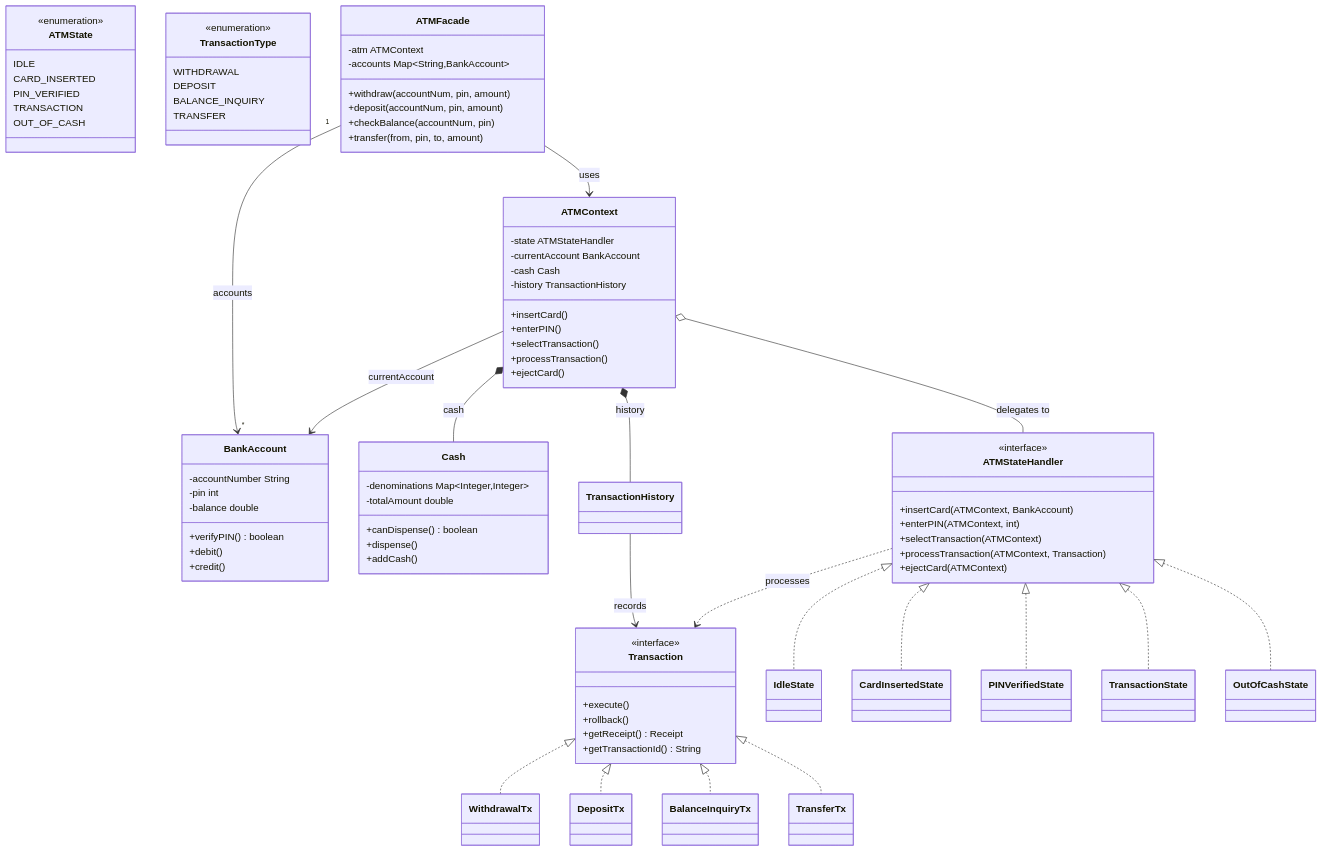
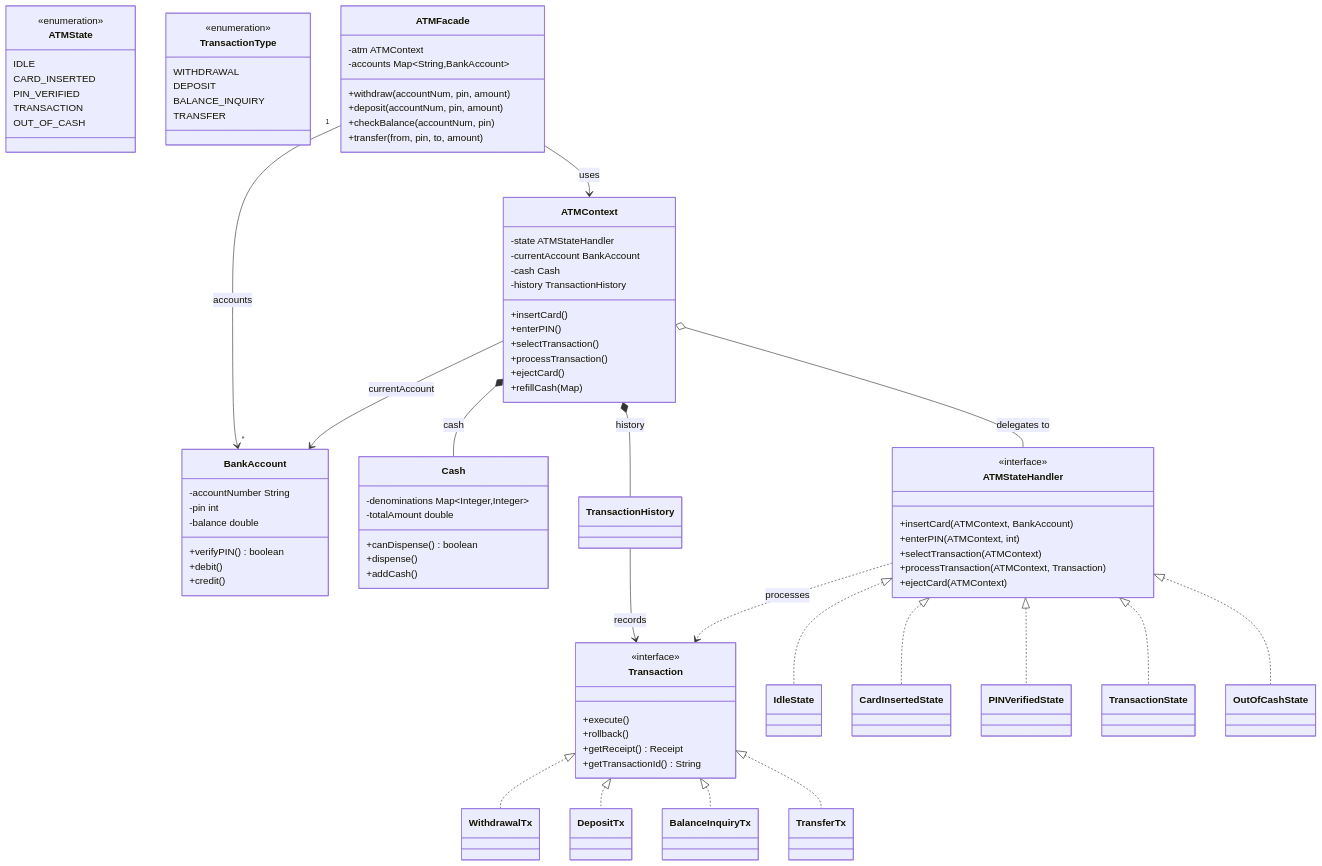
The second of 4 diagrams in src/main/java/com/rutik/systemdesign/lld/system_design_problems/ATM_README.md (rppol/system-design), drawn with Mermaid before and after one commit. The commit also changed other lines of this file and 22 other files, not shown here.

```diff
--- a/src/main/java/com/rutik/systemdesign/lld/system_design_problems/ATM_README.md
+++ b/src/main/java/com/rutik/systemdesign/lld/system_design_problems/ATM_README.md
@@ -142,6 +143,7 @@
         +selectTransaction()
         +processTransaction()
         +ejectCard()
+        +refillCash(Map)
     }
 
     class ATMFacade {
```
